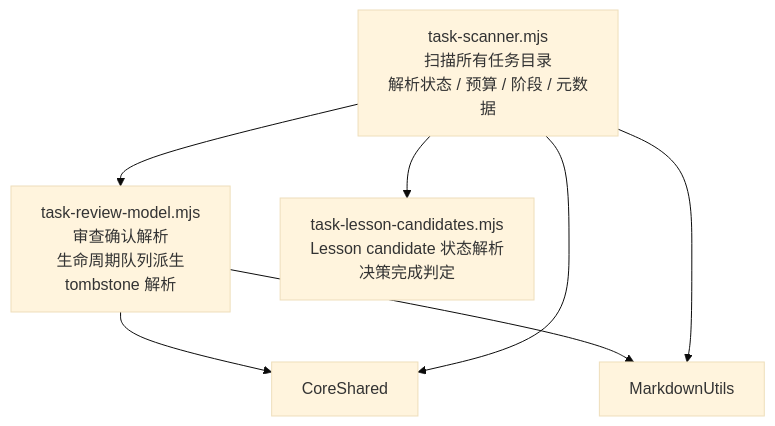
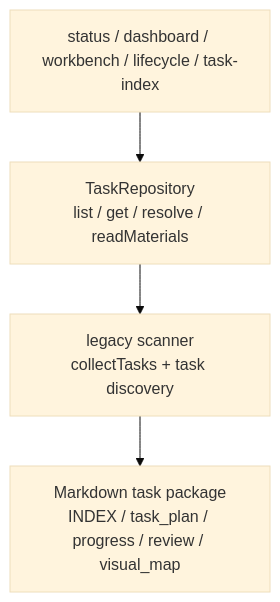
Before and after one commit to FairladyZ625/coding-agent-harness: the fourth of 7 diagrams in docs-release/architecture/system-explainer/02-module-dependency.md, drawn with Mermaid (base theme). The commit also changed other lines of this file and 13 other files, not shown here.

Commit message:
docs: align release architecture docs

````diff
--- a/docs-release/architecture/system-explainer/02-module-dependency.md
+++ b/docs-release/architecture/system-explainer/02-module-dependency.md
@@ -91,12 +69,11 @@
 ```mermaid
 flowchart TD
-  TaskScanner["task-scanner.mjs\n扫描所有任务目录\n解析状态 / 预算 / 阶段 / 元数据"]
+  Consumer["status / dashboard / workbench / lifecycle / task-index"]
+  Repo["TaskRepository\nlist / get / resolve / readMaterials"]
+  Scanner["legacy scanner\ncollectTasks + task discovery"]
+  Files["Markdown task package\nINDEX / task_plan / progress / review / visual_map"]
 
-  TaskScanner --> ReviewModel["task-review-model.mjs\n审查确认解析\n生命周期队列派生\ntombstone 解析"]
-  TaskScanner --> LessonCandidates["task-lesson-candidates.mjs\nLesson candidate 状态解析\n决策完成判定"]
-
-  ReviewModel --> CoreShared
-  ReviewModel --> MarkdownUtils
-  TaskScanner --> CoreShared
-  TaskScanner --> MarkdownUtils
+  Consumer --> Repo
+  Repo --> Scanner
+  Scanner --> Files
 ```
````
